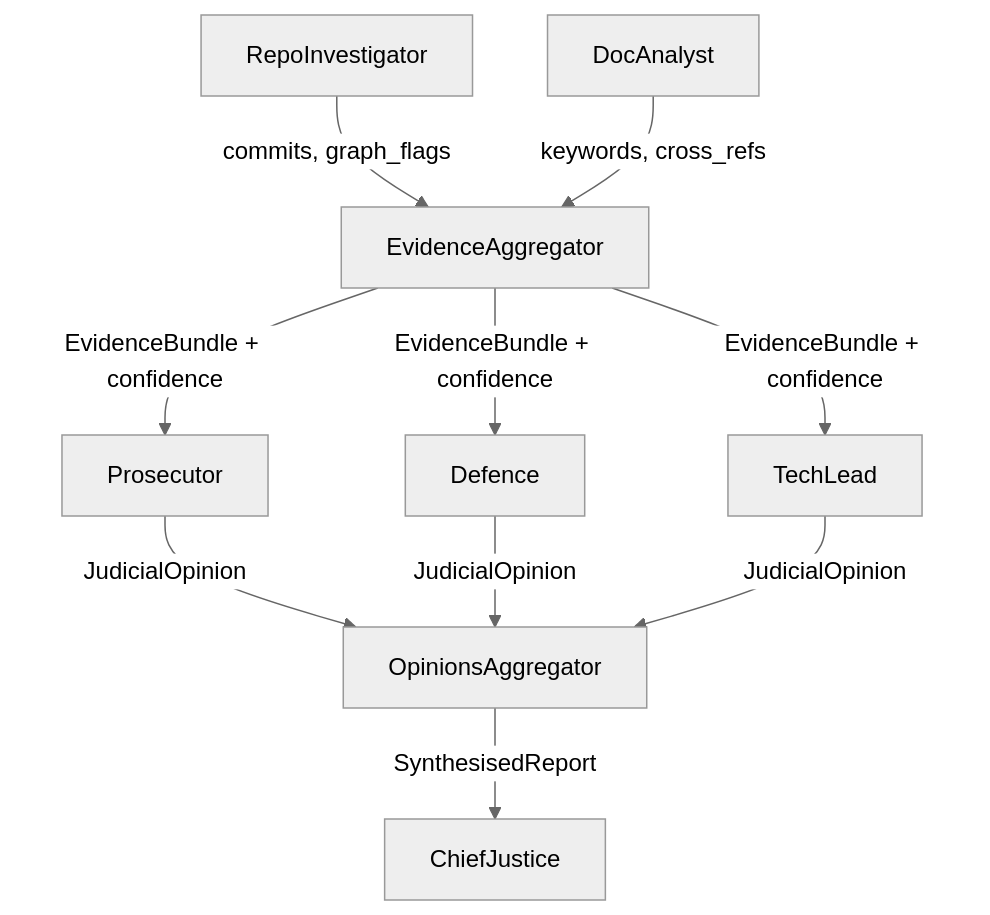
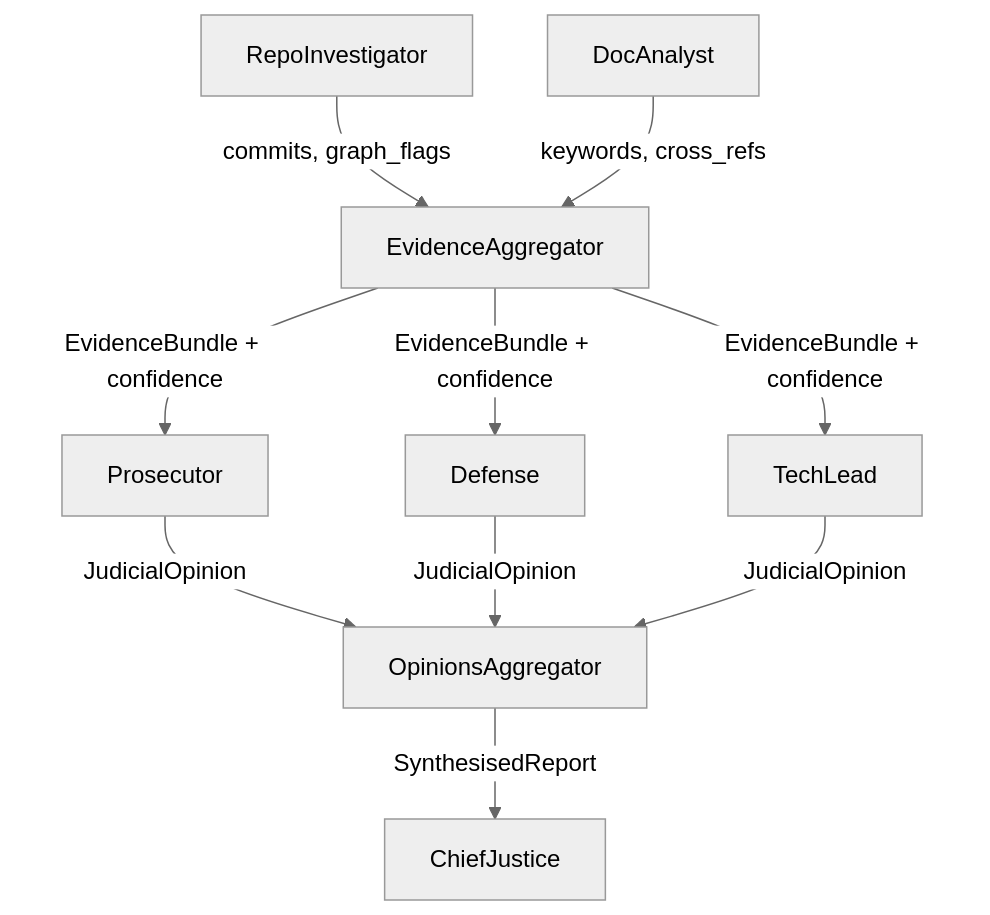
The diagram in README.md (nuhaminae/Automation-Auditor), drawn with Mermaid (neutral theme) before and after one commit.

````diff
--- a/README.md
+++ b/README.md
@@ -144,19 +144,19 @@
 ```mermaid
 graph TD
     A[RepoInvestigator] -->|commits, graph_flags| C[EvidenceAggregator]
     B[DocAnalyst] -->|keywords, cross_refs| C[EvidenceAggregator]
 
     %% Evidence fan-out to judges
     C -->|EvidenceBundle + confidence| D[Prosecutor]
-    C -->|EvidenceBundle + confidence| E[Defence]
+    C -->|EvidenceBundle + confidence| E[Defense]
     C -->|EvidenceBundle + confidence| F[TechLead]
 
     %% Judges fan-in
     D -->|JudicialOpinion| G[OpinionsAggregator]
     E -->|JudicialOpinion| G[OpinionsAggregator]
     F -->|JudicialOpinion| G[OpinionsAggregator]
 
     %% Final synthesis
     G -->|SynthesisedReport| H[ChiefJustice]
 
 ```
````
